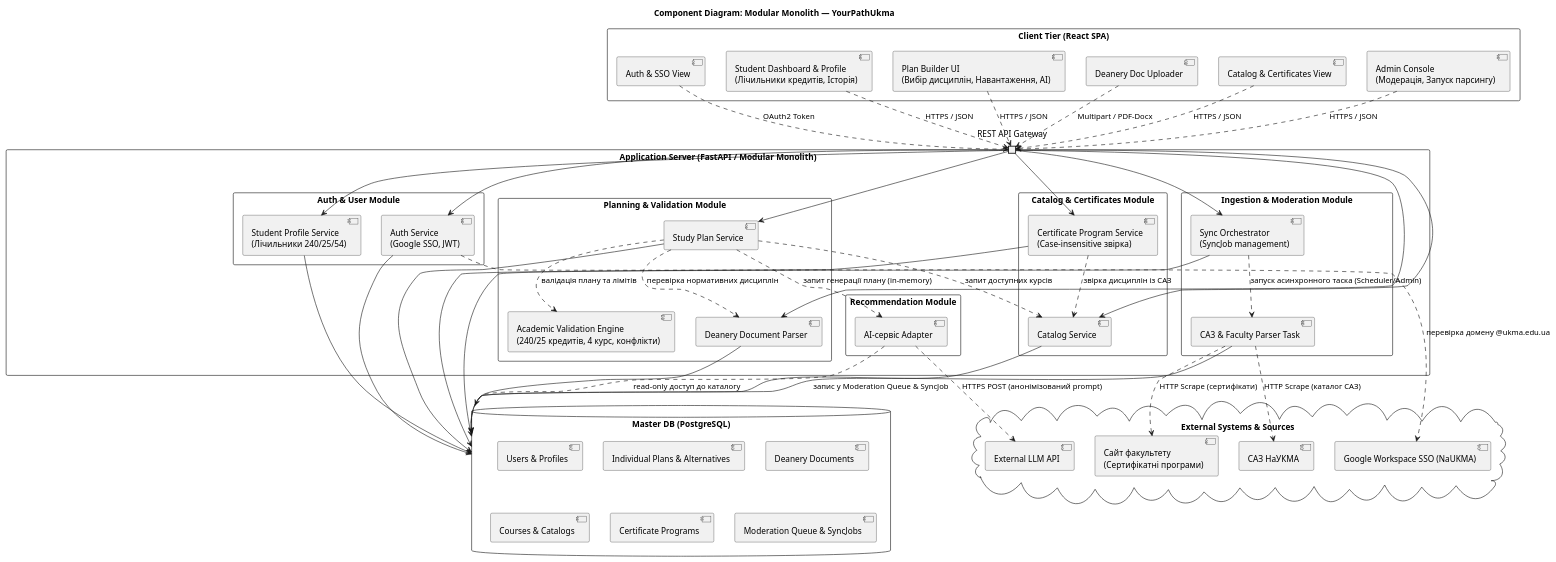
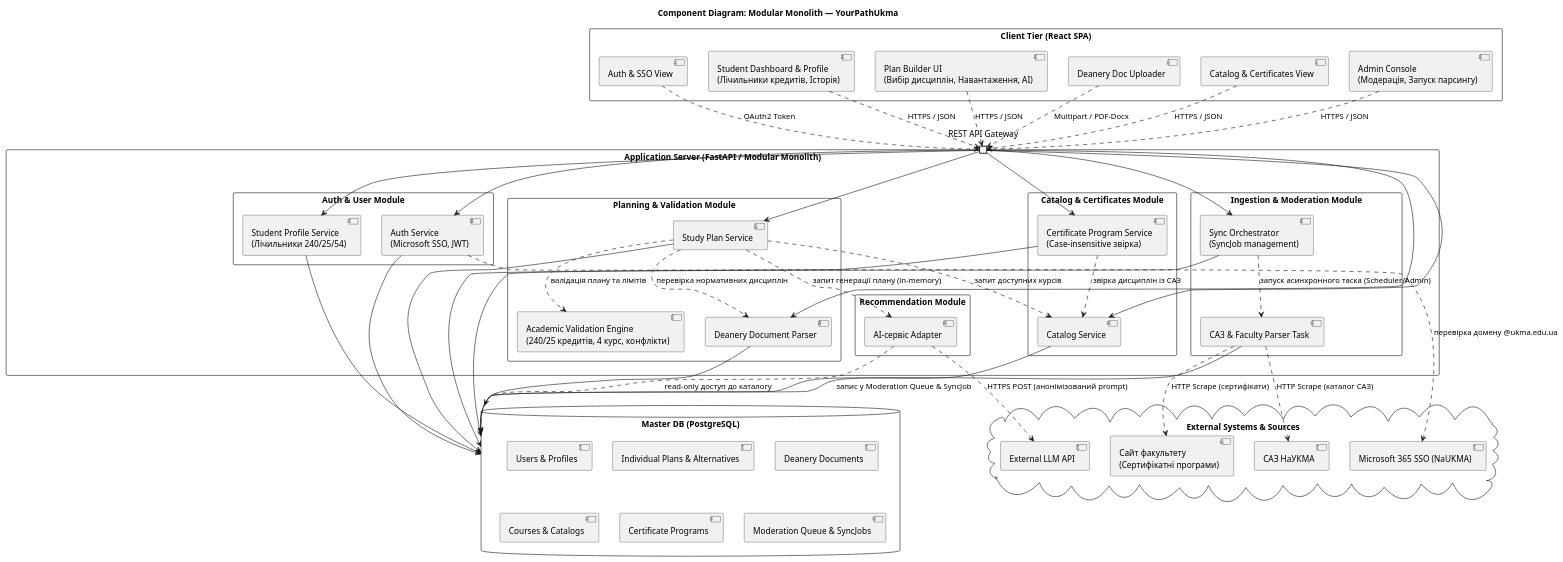
One commit to ukma-fin-ssdm-2026/YourPathUkma changed the diagram in docs/architecture/uml/component-diagram.plantuml. Above: the diagram before and after it, drawn with PlantUML. The commit also changed 20 other files, not shown here.

Commit message:
docs: заміна Google SSO на Microsoft 365 у документації та описах API

```diff
--- a/docs/architecture/uml/component-diagram.plantuml
+++ b/docs/architecture/uml/component-diagram.plantuml
@@ -1,103 +1,103 @@
 @startuml
 skinparam componentStyle uml2
 skinparam packageStyle rectangle
 
 title Component Diagram: Modular Monolith — YourPathUkma
 
 package "Client Tier (React SPA)" {
   [Auth & SSO View] as UIAuth
   [Student Dashboard & Profile\n(Лічильники кредитів, Історія)] as UIDash
   [Plan Builder UI\n(Вибір дисциплін, Навантаження, AI)] as UIPlan
   [Deanery Doc Uploader] as UIDoc
   [Catalog & Certificates View] as UICatalog
   [Admin Console\n(Модерація, Запуск парсингу)] as UIAdmin
 }
 
 package "Application Server (FastAPI / Modular Monolith)" {
   portin "REST API Gateway" as APIPort
 
   package "Auth & User Module" {
-    [Auth Service\n(Google SSO, JWT)] as AuthMod
+    [Auth Service\n(Microsoft SSO, JWT)] as AuthMod
     [Student Profile Service\n(Лічильники 240/25/54)] as ProfileMod
   }
 
   package "Planning & Validation Module" {
     [Study Plan Service] as PlanMod
     [Academic Validation Engine\n(240/25 кредитів, 4 курс, конфлікти)] as ValidatorMod
     [Deanery Document Parser] as DocParserMod
   }
 
   package "Recommendation Module" {
     [AI-сервіс Adapter] as AIMod
   }
 
   package "Catalog & Certificates Module" {
     [Catalog Service] as CatalogMod
     [Certificate Program Service\n(Case-insensitive звірка)] as CertMod
   }
 
   package "Ingestion & Moderation Module" {
     [Sync Orchestrator\n(SyncJob management)] as SyncMod
     [CA3 & Faculty Parser Task] as ParserMod
   }
 
   ' Точки входа API
   APIPort --> AuthMod
   APIPort --> ProfileMod
   APIPort --> PlanMod
   APIPort --> DocParserMod
   APIPort --> CatalogMod
   APIPort --> CertMod
   APIPort --> SyncMod
 
   ' Внутренние in-memory вызовы
   PlanMod ..> ValidatorMod : валідація плану та лімітів
   PlanMod ..> CatalogMod : запит доступних курсів
   PlanMod ..> AIMod : запит генерації плану (in-memory)
   PlanMod ..> DocParserMod : перевірка нормативних дисциплін
   CertMod ..> CatalogMod : звірка дисциплін із САЗ
   SyncMod ..> ParserMod : запуск асинхронного таска (Scheduler/Admin)
 }
 
 database "Master DB (PostgreSQL)" as DB {
   [Users & Profiles]
   [Individual Plans & Alternatives]
   [Deanery Documents]
   [Courses & Catalogs]
   [Certificate Programs]
   [Moderation Queue & SyncJobs]
 }
 
 cloud "External Systems & Sources" {
-  [Google Workspace SSO (NaUKMA)] as GoogleSSO
+  [Microsoft 365 SSO (NaUKMA)] as GoogleSSO
   [External LLM API] as ExtLLM
   [САЗ НаУКМА] as ExtCA3
   [Сайт факультету\n(Сертифікатні програми)] as ExtFaculty
 }
 
 ' Клиентские интерфейсы
 UIAuth .down.> APIPort : OAuth2 Token
 UIDash .down.> APIPort : HTTPS / JSON
 UIPlan .down.> APIPort : HTTPS / JSON
 UIDoc .down.> APIPort : Multipart / PDF-Docx
 UICatalog .down.> APIPort : HTTPS / JSON
 UIAdmin .down.> APIPort : HTTPS / JSON
 
 ' Внешние вызовы из модулей
 AuthMod .down.> GoogleSSO : перевірка домену @ukma.edu.ua
 AIMod .down.> ExtLLM : HTTPS POST (анонімізований prompt)
 ParserMod .down.> ExtCA3 : HTTP Scrape (каталог САЗ)
 ParserMod .down.> ExtFaculty : HTTP Scrape (сертифікати)
 
 ' Доступ к БД
 AuthMod --> DB
 ProfileMod --> DB
 PlanMod --> DB
 DocParserMod --> DB
 CatalogMod --> DB
 CertMod --> DB
 SyncMod --> DB
 ParserMod --> DB : запис у Moderation Queue & SyncJob
 AIMod ..> DB : read-only доступ до каталогу
 
 @enduml
```
